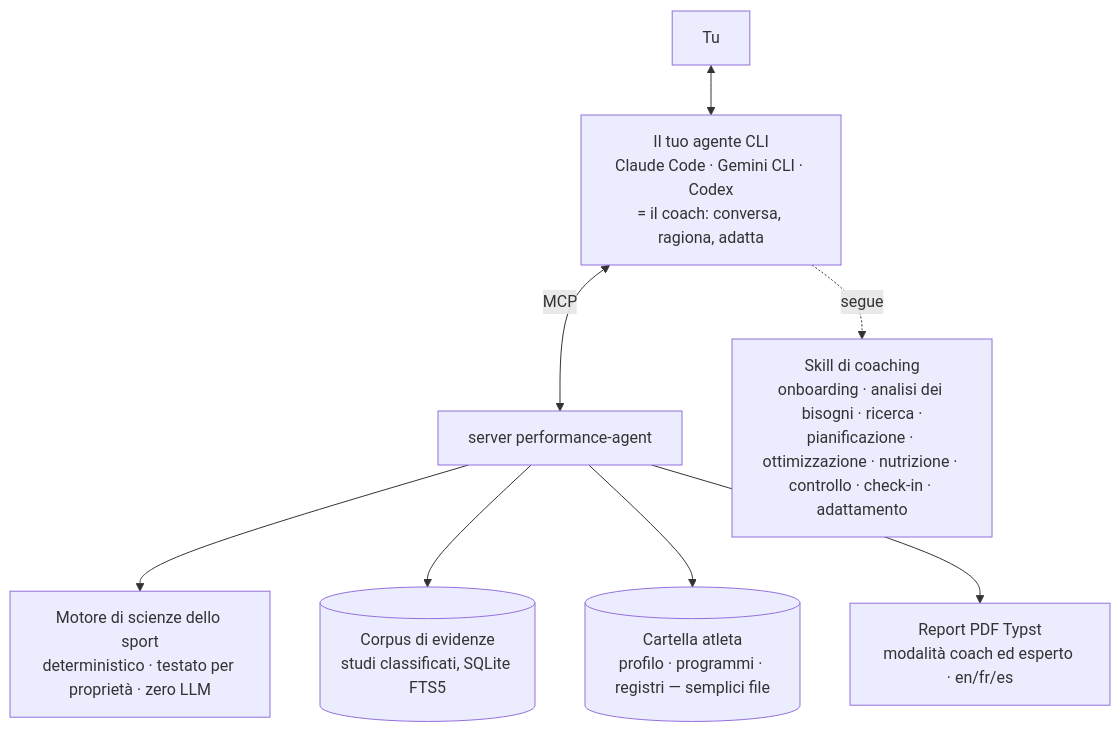
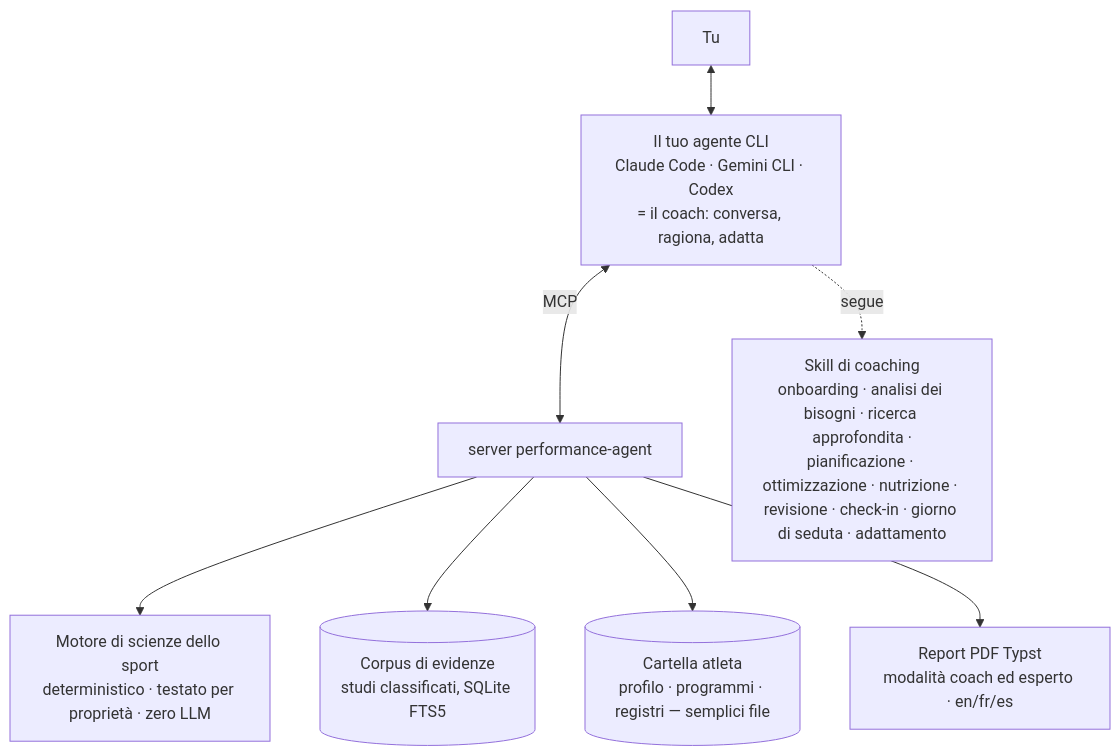
The diagram in docs/i18n/README.it.md (clementrx/Performance-agent), drawn with Mermaid before and after one commit. The commit also changed other lines of this file and 3 other files, not shown here.

````diff
--- a/docs/i18n/README.it.md
+++ b/docs/i18n/README.it.md
@@ -265,11 +265,11 @@
 ```mermaid
 flowchart TB
     U[Tu] <--> H[Il tuo agente CLI<br/>Claude Code · Gemini CLI · Codex<br/>= il coach: conversa, ragiona, adatta]
     H <-->|MCP| S[server performance-agent]
-    H -.segue.-> SK[Skill di coaching<br/>onboarding · analisi dei bisogni · ricerca ·
-pianificazione · ottimizzazione · nutrizione · controllo · check-in · adattamento]
+    H -.segue.-> SK[Skill di coaching<br/>onboarding · analisi dei bisogni · ricerca approfondita ·
+pianificazione · ottimizzazione · nutrizione · revisione · check-in · giorno di seduta · adattamento]
     S --> E[Motore di scienze dello sport<br/>deterministico · testato per proprietà · zero LLM]
     S --> EV[(Corpus di evidenze<br/>studi classificati, SQLite FTS5)]
     S --> M[(Cartella atleta<br/>profilo · programmi · registri — semplici file)]
     S --> R[Report PDF Typst<br/>modalità coach ed esperto · en/fr/es]
 ```
````
